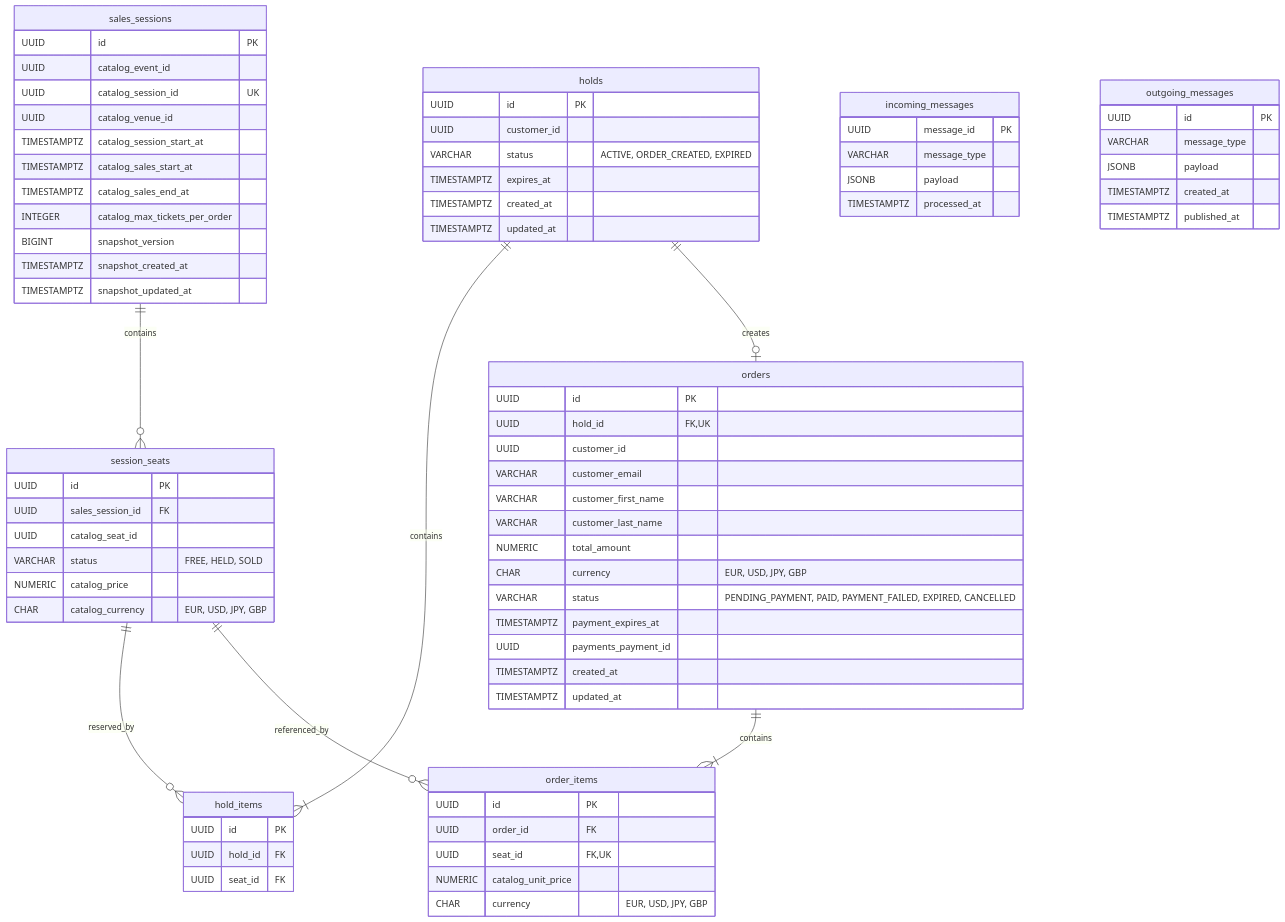
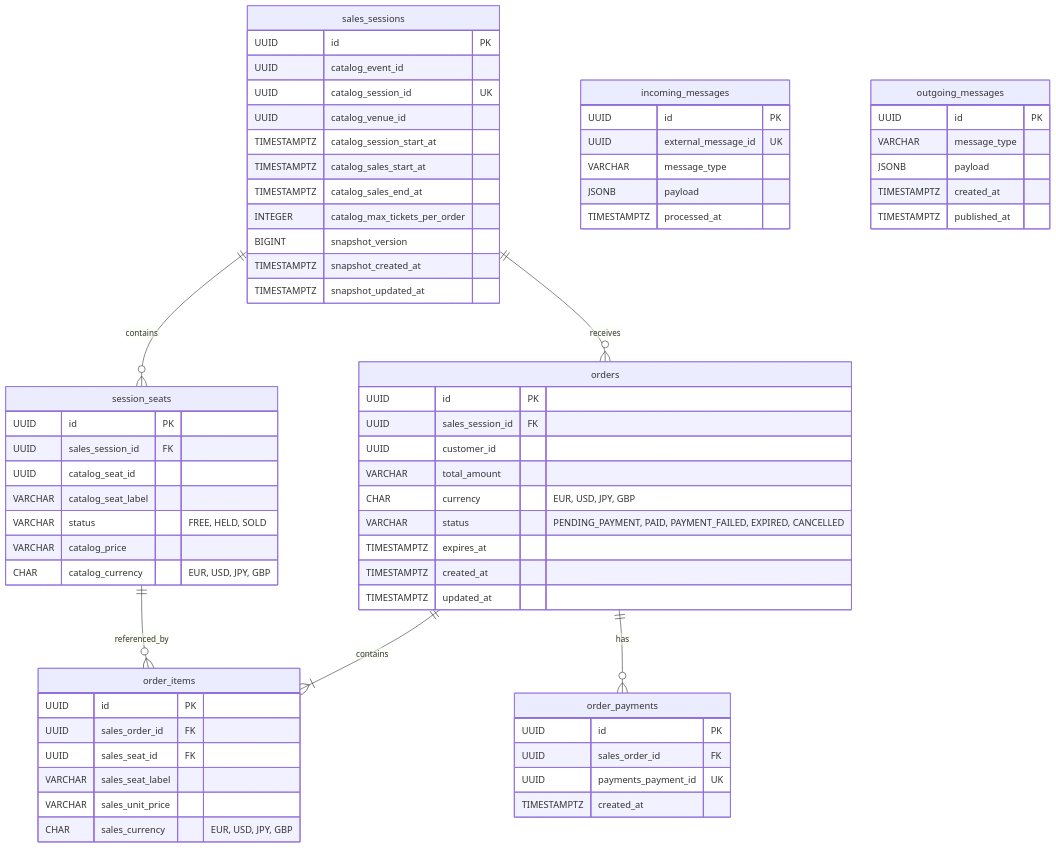
Before and after one commit to PolitoGroup8/sales: the diagram in README.md, drawn with Mermaid. The commit also changed other lines of this file and 45 other files, not shown here.

````diff
--- a/README.md
+++ b/README.md
@@ -103,86 +103,76 @@
 ```mermaid
 erDiagram
-    sales_sessions ||--o{ session_seats : contains
-    holds ||--|{ hold_items : contains
-    session_seats ||--o{ hold_items : reserved_by
-    holds ||--o| orders : creates
-    orders ||--|{ order_items : contains
-    session_seats ||--o{ order_items : referenced_by
+   sales_sessions ||--o{ session_seats : contains
+   sales_sessions ||--o{ orders : receives
+   orders ||--|{ order_items : contains
+   orders ||--o{ order_payments : has
+   session_seats ||--o{ order_items : referenced_by
 
-    sales_sessions {
-        UUID id PK
-        UUID catalog_event_id
-        UUID catalog_session_id UK
-        UUID catalog_venue_id
-        TIMESTAMPTZ catalog_session_start_at
-        TIMESTAMPTZ catalog_sales_start_at
-        TIMESTAMPTZ catalog_sales_end_at
-        INTEGER catalog_max_tickets_per_order
-        BIGINT snapshot_version
-        TIMESTAMPTZ snapshot_created_at
-        TIMESTAMPTZ snapshot_updated_at
-    }
+   sales_sessions {
+      UUID id PK
+      UUID catalog_event_id
+      UUID catalog_session_id UK
+      UUID catalog_venue_id
+      TIMESTAMPTZ catalog_session_start_at
+      TIMESTAMPTZ catalog_sales_start_at
+      TIMESTAMPTZ catalog_sales_end_at
+      INTEGER catalog_max_tickets_per_order
+      BIGINT snapshot_version
+      TIMESTAMPTZ snapshot_created_at
+      TIMESTAMPTZ snapshot_updated_at
+   }
 
-    session_seats {
-        UUID id PK
-        UUID sales_session_id FK
-        UUID catalog_seat_id
-        VARCHAR status "FREE, HELD, SOLD"
-        NUMERIC catalog_price
-        CHAR catalog_currency "EUR, USD, JPY, GBP"
-    }
+   session_seats {
+      UUID id PK
+      UUID sales_session_id FK
+      UUID catalog_seat_id
+      VARCHAR catalog_seat_label
+      VARCHAR status "FREE, HELD, SOLD"
+      VARCHAR catalog_price
+      CHAR catalog_currency "EUR, USD, JPY, GBP"
+   }
 
-    holds {
-        UUID id PK
-        UUID customer_id
-        VARCHAR status "ACTIVE, ORDER_CREATED, EXPIRED"
-        TIMESTAMPTZ expires_at
-        TIMESTAMPTZ created_at
-        TIMESTAMPTZ updated_at
-    }
+   orders {
+      UUID id PK
+      UUID sales_session_id FK
+      UUID customer_id
+      VARCHAR total_amount
+      CHAR currency "EUR, USD, JPY, GBP"
+      VARCHAR status "PENDING_PAYMENT, PAID, PAYMENT_FAILED, EXPIRED, CANCELLED"
+      TIMESTAMPTZ expires_at
+      TIMESTAMPTZ created_at
+      TIMESTAMPTZ updated_at
+   }
 
-    hold_items {
-        UUID id PK
-        UUID hold_id FK
-        UUID seat_id FK
-    }
+   order_payments {
+      UUID id PK
+      UUID sales_order_id FK
+      UUID payments_payment_id UK
+      TIMESTAMPTZ created_at
+   }
 
-    orders {
-        UUID id PK
-        UUID hold_id FK, UK
-        UUID customer_id
-        VARCHAR customer_email
-        VARCHAR customer_first_name
-        VARCHAR customer_last_name
-        NUMERIC total_amount
-        CHAR currency "EUR, USD, JPY, GBP"
-        VARCHAR status "PENDING_PAYMENT, PAID, PAYMENT_FAILED, EXPIRED, CANCELLED"
-        TIMESTAMPTZ payment_expires_at
-        UUID payments_payment_id
-        TIMESTAMPTZ created_at
-        TIMESTAMPTZ updated_at
-    }
+   order_items {
+      UUID id PK
+      UUID sales_order_id FK
+      UUID sales_seat_id FK
+      VARCHAR sales_seat_label
+      VARCHAR sales_unit_price
+      CHAR sales_currency "EUR, USD, JPY, GBP"
+   }
 
-    order_items {
-        UUID id PK
-        UUID order_id FK
-        UUID seat_id FK, UK
-        NUMERIC catalog_unit_price
-        CHAR currency "EUR, USD, JPY, GBP"
-    }
+   incoming_messages {
+      UUID id PK
+      UUID external_message_id UK
+      VARCHAR message_type
+      JSONB payload
+      TIMESTAMPTZ processed_at
+   }
 
-    incoming_messages {
-        UUID message_id PK
-        VARCHAR message_type
-        JSONB payload
-        TIMESTAMPTZ processed_at
-    }
-
-    outgoing_messages {
-        UUID id PK
-        VARCHAR message_type
-        JSONB payload
-        TIMESTAMPTZ created_at
-        TIMESTAMPTZ published_at
-    }
+   outgoing_messages {
+      UUID id PK
+      VARCHAR message_type
+      JSONB payload
+      TIMESTAMPTZ created_at
+      TIMESTAMPTZ published_at
+   }
 ```
````
